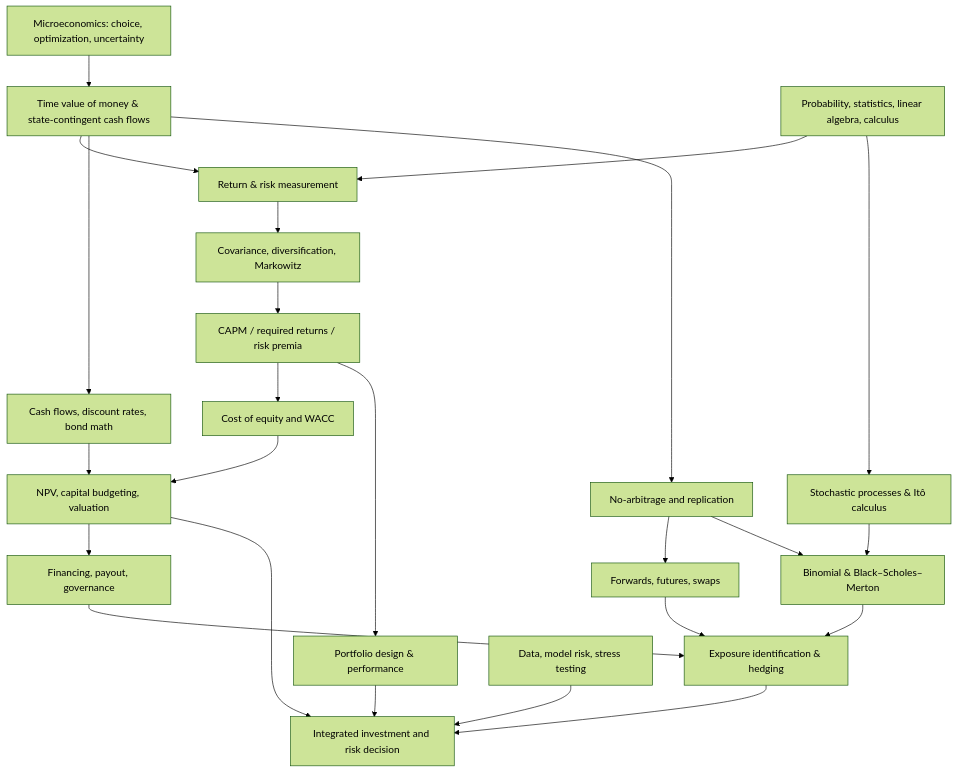
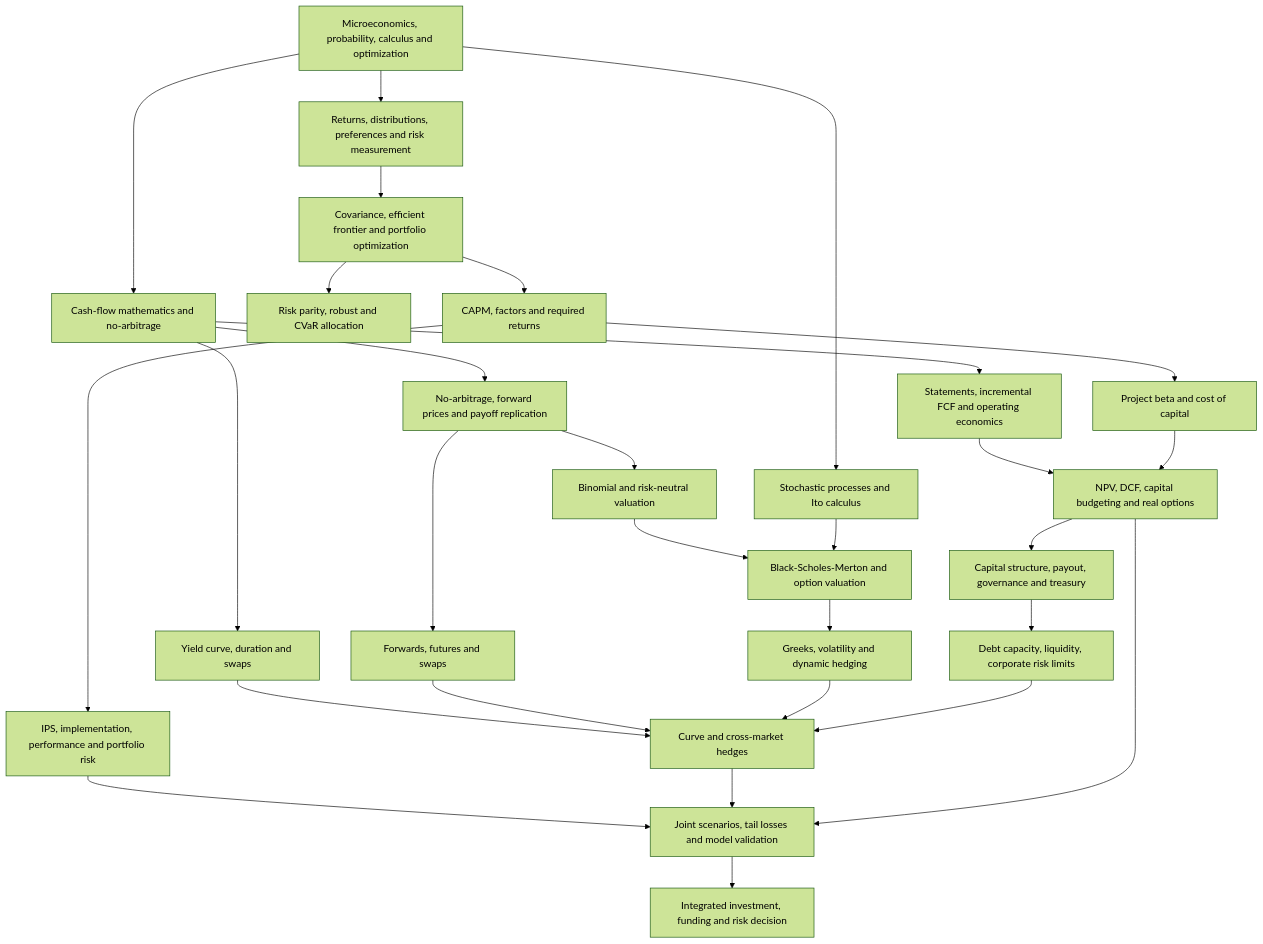
One commit to afontana1/Applied-Economics changed the diagram in finance/README.md. Above: the diagram before and after it, drawn with Mermaid (forest theme). The commit also changed other lines of this file and 3 other files, not shown here.

````diff
--- a/finance/README.md
+++ b/finance/README.md
@@ -32,26 +34,31 @@
 ```mermaid
 flowchart TD
-    M[Microeconomics: choice, optimization, uncertainty] --> T[Time value of money & state-contingent cash flows]
-    P[Probability, statistics, linear algebra, calculus] --> R[Return & risk measurement]
-    T --> R
-    R --> V[Covariance, diversification, Markowitz]
-    V --> A[CAPM / required returns / risk premia]
-    A --> W[Cost of equity and WACC]
-    T --> C[Cash flows, discount rates, bond math]
-    C --> N[NPV, capital budgeting, valuation]
-    W --> N
-    N --> F[Financing, payout, governance]
-    T --> NA[No-arbitrage and replication]
-    P --> S[Stochastic processes & Itô calculus]
-    NA --> D[Forwards, futures, swaps]
-    S --> B[Binomial & Black–Scholes–Merton]
-    NA --> B
-    D --> H[Exposure identification & hedging]
-    B --> H
-    F --> H
-    A --> PM[Portfolio design & performance]
-    H --> I[Integrated investment and risk decision]
-    PM --> I
-    N --> I
-    Q[Data, model risk, stress testing] --> I
+  P[Microeconomics, probability, calculus and optimization] --> TVM[Cash-flow mathematics and no-arbitrage]
+  P --> R[Returns, distributions, preferences and risk measurement]
+  R --> MV[Covariance, efficient frontier and portfolio optimization]
+  MV --> RA[Risk parity, robust and CVaR allocation]
+  MV --> CAPM[CAPM, factors and required returns]
+  CAPM --> IPS[IPS, implementation, performance and portfolio risk]
+  CAPM --> WACC[Project beta and cost of capital]
+  TVM --> FCF[Statements, incremental FCF and operating economics]
+  FCF --> DCF[NPV, DCF, capital budgeting and real options]
+  WACC --> DCF
+  DCF --> GOV[Capital structure, payout, governance and treasury]
+  GOV --> ERM[Debt capacity, liquidity, corporate risk limits]
+  TVM --> IR[Yield curve, duration and swaps]
+  TVM --> NA[No-arbitrage, forward prices and payoff replication]
+  NA --> LI[Forwards, futures and swaps]
+  P --> ITO[Stochastic processes and Ito calculus]
+  NA --> BIN[Binomial and risk-neutral valuation]
+  BIN --> BSM[Black-Scholes-Merton and option valuation]
+  ITO --> BSM
+  BSM --> GREEKS[Greeks, volatility and dynamic hedging]
+  IR --> HEDGE[Curve and cross-market hedges]
+  LI --> HEDGE
+  GREEKS --> HEDGE
+  ERM --> HEDGE
+  IPS --> RISK[Joint scenarios, tail losses and model validation]
+  HEDGE --> RISK
+  DCF --> RISK
+  RISK --> DECISION[Integrated investment, funding and risk decision]
 ```
````
